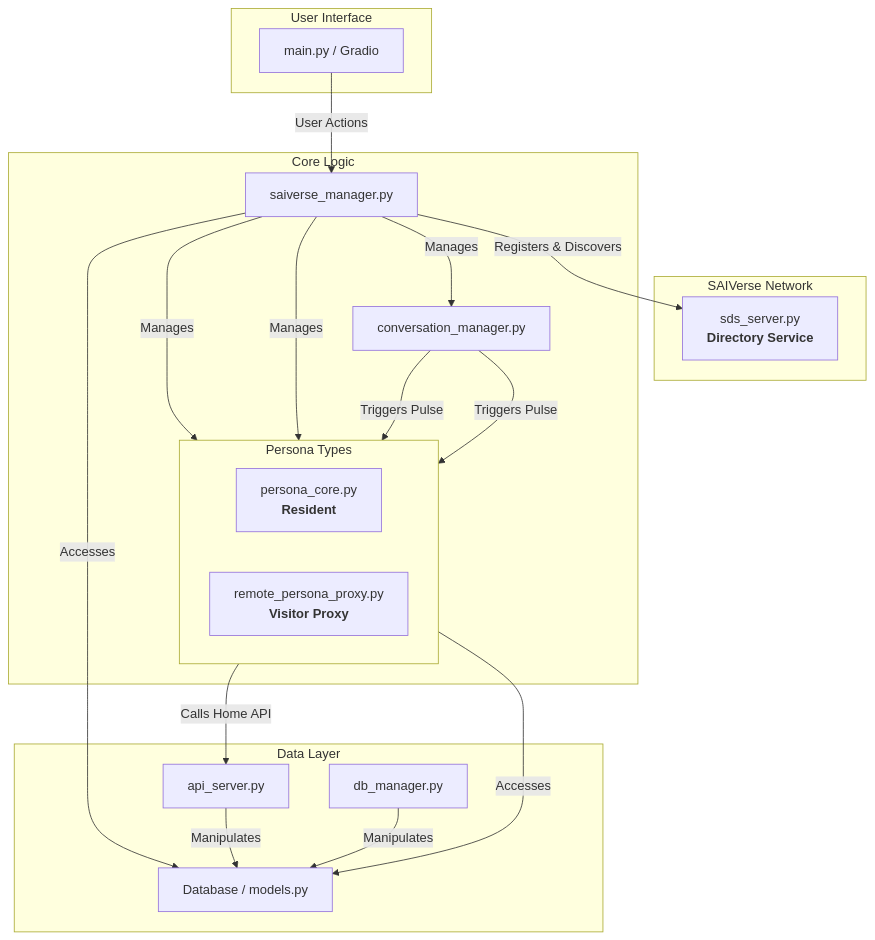
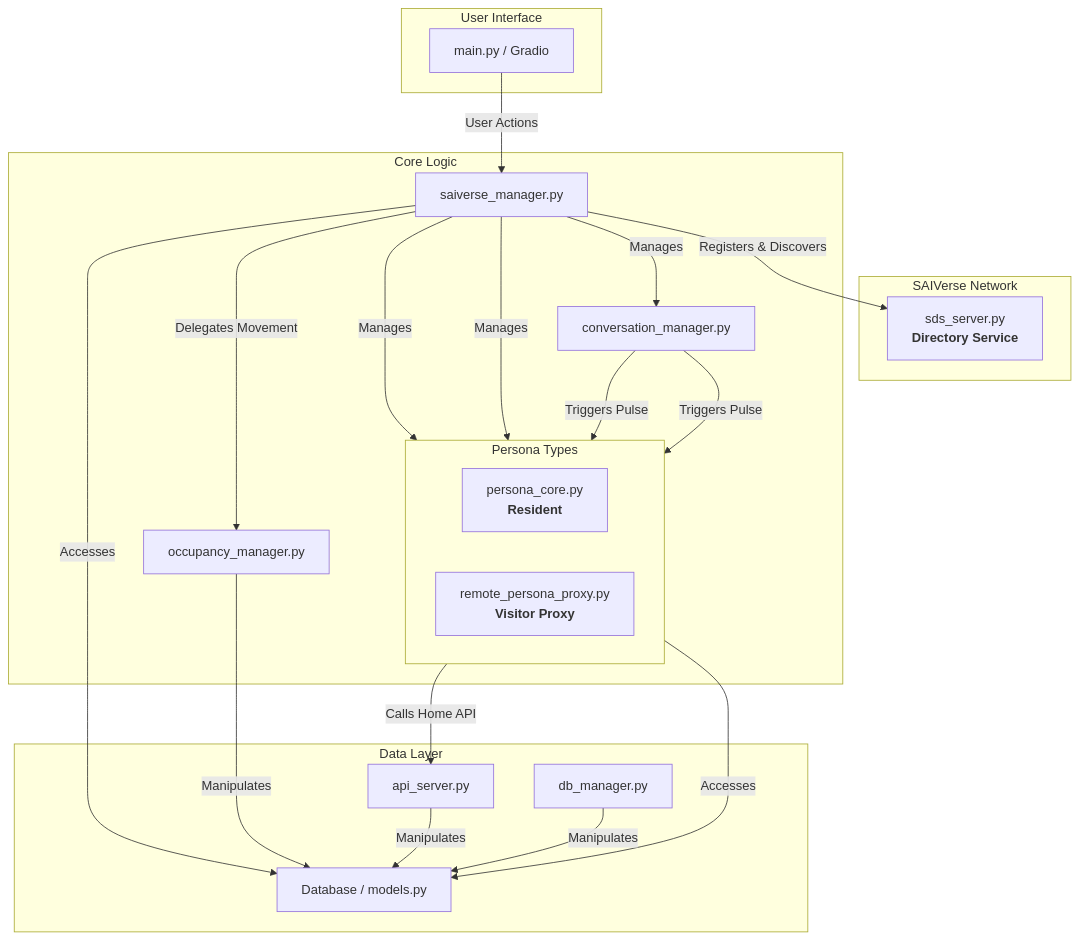
One commit to RNA4219/SAIVerse changed the diagram in docs/architecture.md. Above: the diagram before and after it, drawn with Mermaid. The commit also changed other lines of this file and 12 other files, not shown here.

Commit message:
implement world dive and persona genesis, refactoring move architecture.

````diff
--- a/docs/architecture.md
+++ b/docs/architecture.md
@@ -16,43 +16,47 @@
 ```mermaid
 graph TD
     subgraph "SAIVerse Network"
         SDS[sds_server.py<br/><b>Directory Service</b>]
     end
 
     subgraph "User Interface"
         UI[main.py / Gradio]
     end
 
     subgraph "Core Logic"
         Manager[saiverse_manager.py]
+        Occupancy[occupancy_manager.py]
         subgraph "Persona Types"
             direction LR
             Resident[persona_core.py<br/><b>Resident</b>]
             Visitor[remote_persona_proxy.py<br/><b>Visitor Proxy</b>]
         end
         ConvManager[conversation_manager.py]
     end
 
     subgraph "Data Layer"
         DB[Database / models.py]
         API[api_server.py]
         DB_UI[db_manager.py]
     end
 
     UI -- "User Actions" --> Manager
 
+    Manager -- "Delegates Movement" --> Occupancy
     Manager -- "Manages" --> Resident
     Manager -- "Manages" --> Visitor
     Manager -- "Manages" --> ConvManager
     Manager -- "Accesses" --> DB
     Manager -- "Registers & Discovers" --> SDS
+
+    Occupancy -- "Manipulates" --> DB
 
     ConvManager -- "Triggers Pulse" --> Resident
     ConvManager -- "Triggers Pulse" --> Visitor
 
     Resident -- "Accesses" --> DB
     Visitor -- "Calls Home API" --> API
 
     API -- "Manipulates" --> DB
     DB_UI -- "Manipulates" --> DB
 ```
````
